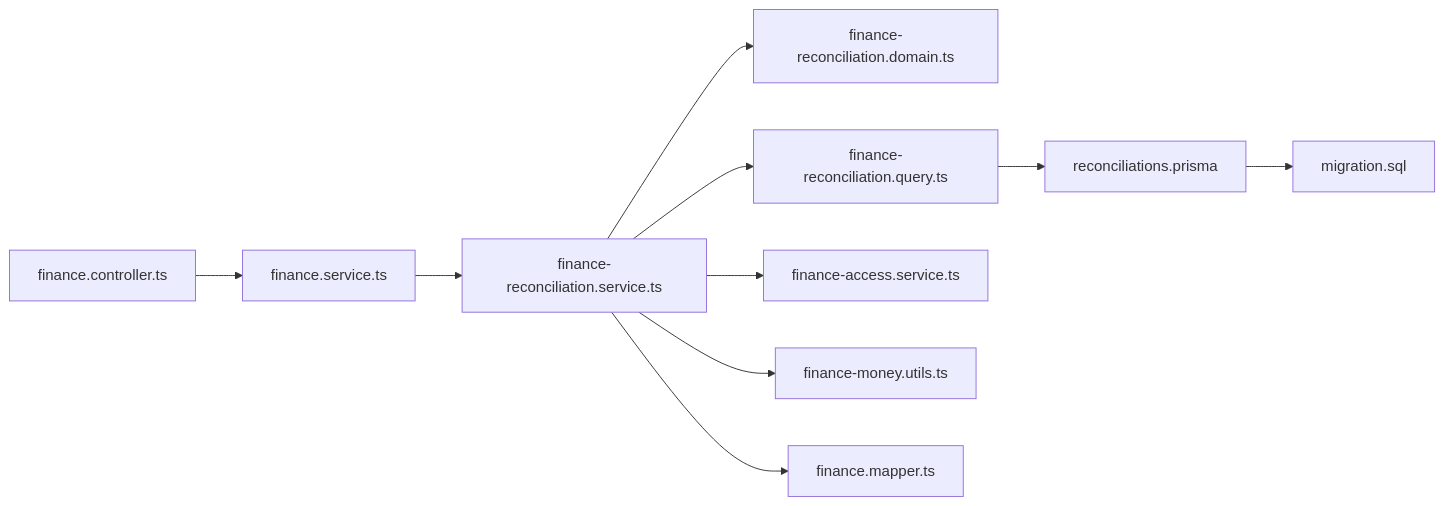
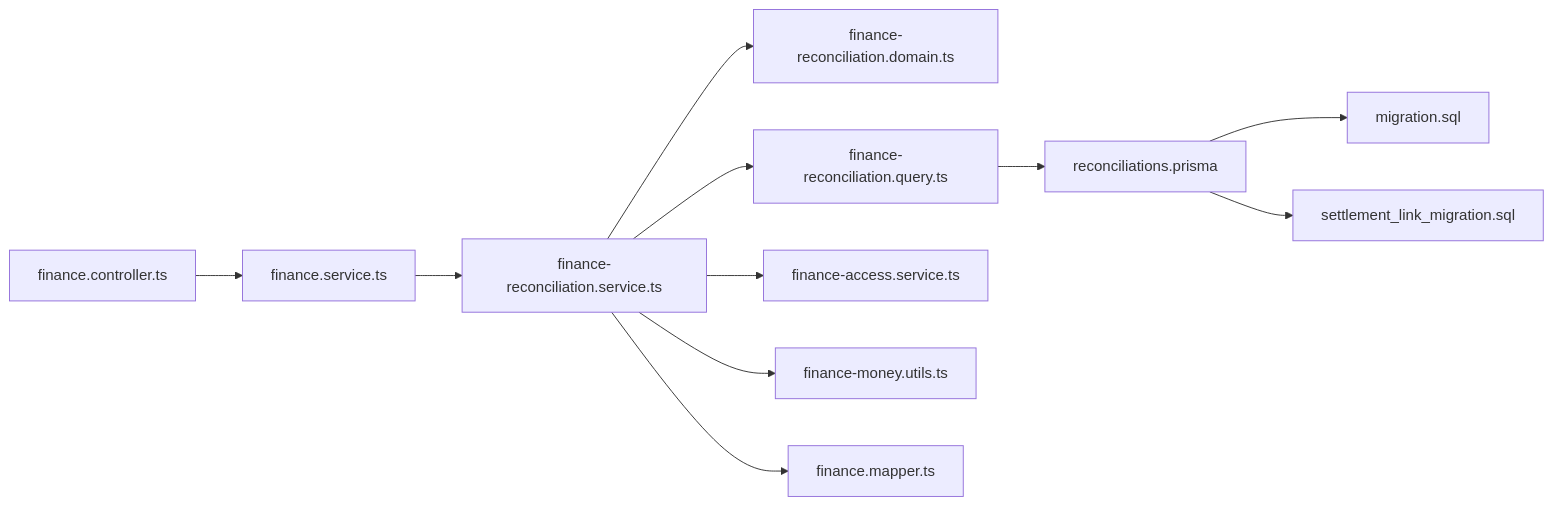
One commit to rc558620/purelyprofit-server changed the seventh of 7 diagrams in .qoder/repowiki/zh/content/业务模块/财务管理模块/财务对账.md. Above: the diagram before and after it, drawn with Mermaid. The commit also changed other lines of this file and 8 other files, not shown here.

````diff
--- a/.qoder/repowiki/zh/content/业务模块/财务管理模块/财务对账.md
+++ b/.qoder/repowiki/zh/content/业务模块/财务管理模块/财务对账.md
@@ -335,12 +406,13 @@
 ```mermaid
 graph LR
 Ctrl["finance.controller.ts"] --> Svc["finance.service.ts"]
 Svc --> RecSvc["finance-reconciliation.service.ts"]
 RecSvc --> Domain["finance-reconciliation.domain.ts"]
 RecSvc --> Query["finance-reconciliation.query.ts"]
 RecSvc --> Access["finance-access.service.ts"]
 RecSvc --> Money["finance-money.utils.ts"]
 RecSvc --> Mapper["finance.mapper.ts"]
 Query --> Prisma["reconciliations.prisma"]
 Prisma --> Mig["migration.sql"]
+Prisma --> Mig2["settlement_link_migration.sql"]
 ```
````
